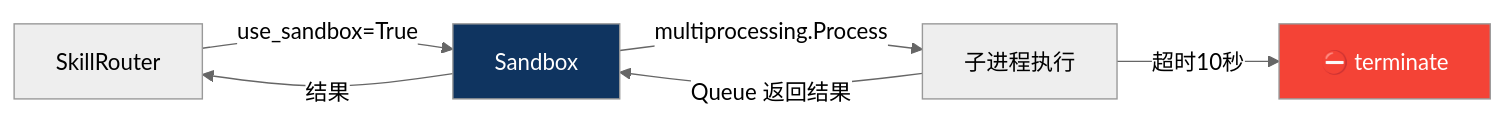
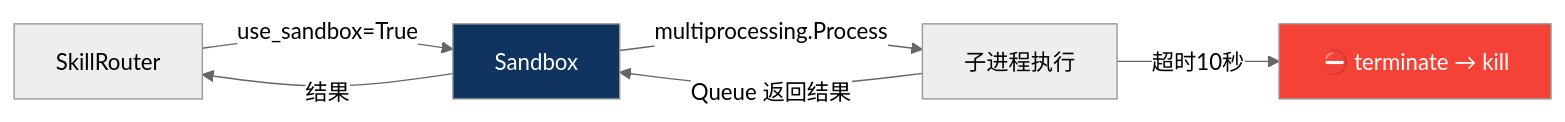
One commit to Wayhhow/Synapse changed the fourth of 4 diagrams in README.md. Above: the diagram before and after it, drawn with Mermaid (neutral theme). The commit also changed other lines of this file and 28 other files, not shown here.

````diff
--- a/README.md
+++ b/README.md
@@ -160,11 +160,11 @@
 ```mermaid
 flowchart LR
     A[SkillRouter] -->|use_sandbox=True| B[Sandbox]
     B -->|multiprocessing.Process| C[子进程执行]
     C -->|Queue 返回结果| B
     B -->|结果| A
-    C -->|超时10秒| D[⛔ terminate]
+    C -->|超时10秒| D[⛔ terminate → kill]
 
     style D fill:#f44336,color:#fff
     style B fill:#0f3460,color:#fff
 ```
````
